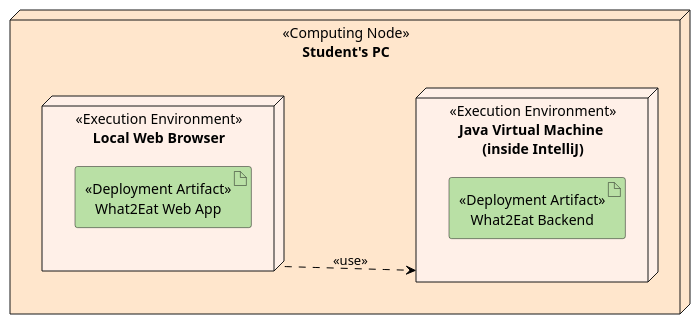
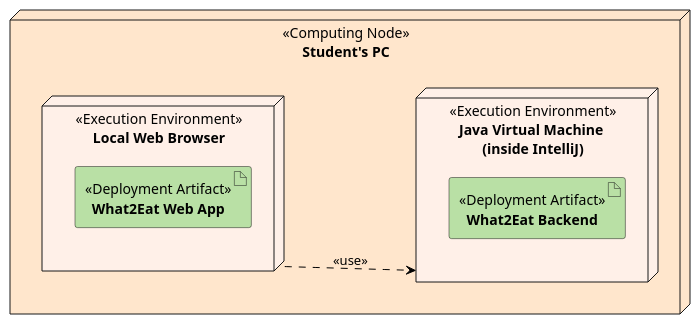
One commit to YanChunChang/BA_Plantuml changed the diagram in what2eat/4.6-deployment-and-operation-1.plantuml. Above: the diagram before and after it, drawn with PlantUML. The commit also changed 13 other files, not shown here.

```diff
--- a/what2eat/4.6-deployment-and-operation-1.plantuml
+++ b/what2eat/4.6-deployment-and-operation-1.plantuml
@@ -1,28 +1,28 @@
 @startuml deployment client
 left to right direction
 skinparam  {
     node {
         FontStyle normal
         BackgroundColor #ffe6cc
     }
     artifact {
         FontStyle normal
         BackgroundColor #b9e0a5
     }
 }
 
 
 node "**Student's PC**" <<Computing Node>> as a #ffe6cc{
     node "**Local Web Browser**" <<Execution Environment>> as b #fff0e8{
-        artifact "What2Eat Web App" <<Deployment Artifact>>
+        artifact "**What2Eat Web App**" <<Deployment Artifact>>
     }
     node "**Java Virtual Machine** \n**(inside IntelliJ)**" <<Execution Environment>> as c #fff0e8{
-        artifact "What2Eat Backend" <<Deployment Artifact>>
+        artifact "**What2Eat Backend**" <<Deployment Artifact>>
     }
 }
 
 b --> c #black;line.dashed;:<<use>>
 'a -( : query weather 
 'nicht abbildbar
 
 @enduml
```
